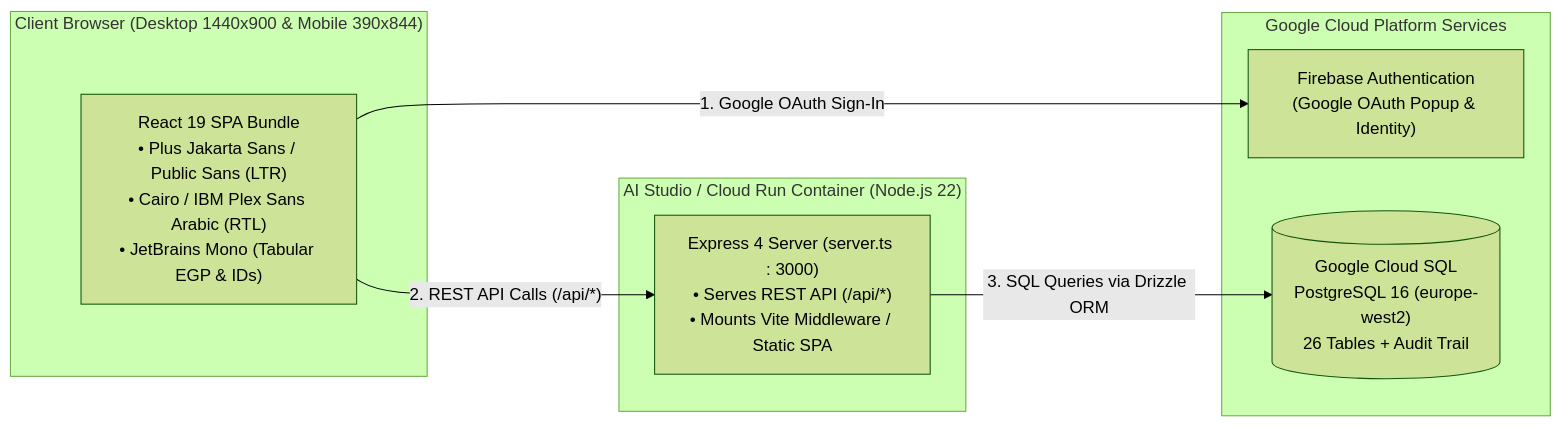
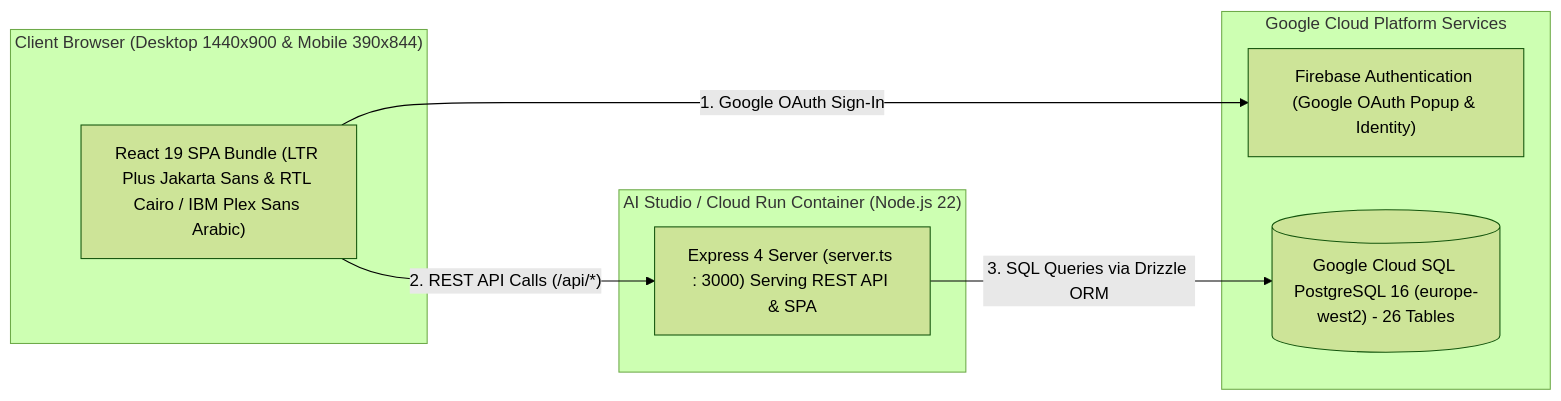
One commit to IbrahimAbdelsattar/employee-management-system changed diagram 16 of 16 in README.md. Above: the diagram before and after it, drawn with Mermaid (forest theme). The commit also changed other lines of this file and 1 other file, not shown here.

First line of the commit message:
docs: clean up UML diagram and README documentation

````diff
--- a/README.md
+++ b/README.md
@@ -943,19 +919,19 @@
 ```mermaid
 flowchart LR
     subgraph ClientDevice["Client Browser (Desktop 1440x900 & Mobile 390x844)"]
-        SPA["React 19 SPA Bundle\n• Plus Jakarta Sans / Public Sans (LTR)\n• Cairo / IBM Plex Sans Arabic (RTL)\n• JetBrains Mono (Tabular EGP & IDs)"]
+        SPA["React 19 SPA Bundle (LTR Plus Jakarta Sans & RTL Cairo / IBM Plex Sans Arabic)"]
     end
 
     subgraph CloudRun["AI Studio / Cloud Run Container (Node.js 22)"]
-        Express["Express 4 Server (server.ts : 3000)\n• Serves REST API (/api/*)\n• Mounts Vite Middleware / Static SPA"]
+        Express["Express 4 Server (server.ts : 3000) Serving REST API & SPA"]
     end
 
     subgraph GCP["Google Cloud Platform Services"]
-        FirebaseAuth["Firebase Authentication\n(Google OAuth Popup & Identity)"]
-        CloudSQLPG[("Google Cloud SQL\nPostgreSQL 16 (europe-west2)\n26 Tables + Audit Trail")]
+        FirebaseAuth["Firebase Authentication (Google OAuth Popup & Identity)"]
+        CloudSQLPG[("Google Cloud SQL PostgreSQL 16 (europe-west2) - 26 Tables")]
     end
 
     SPA -- "1. Google OAuth Sign-In" --> FirebaseAuth
     SPA -- "2. REST API Calls (/api/*)" --> Express
     Express -- "3. SQL Queries via Drizzle ORM" --> CloudSQLPG
 ```
````
